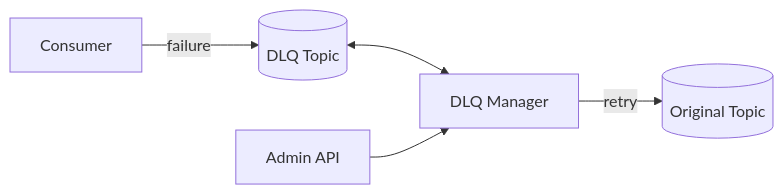
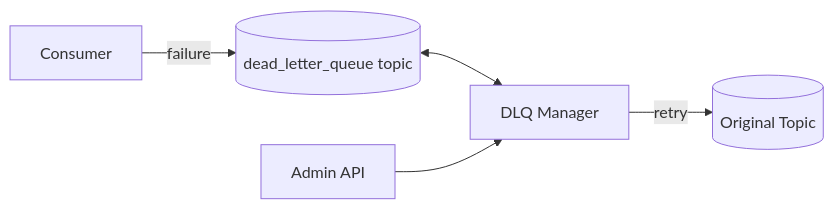
Before and after one commit to HardMax71/Integr8sCode: the third of 3 diagrams in docs/architecture/kafka-topic-architecture.md, drawn with Mermaid. The commit also changed other lines of this file and 25 other files, not shown here.

````diff
--- a/docs/architecture/kafka-topic-architecture.md
+++ b/docs/architecture/kafka-topic-architecture.md
@@ -129,7 +132,7 @@
 ```mermaid
 graph LR
-    Consumer[Consumer] -->|"failure"| DLQ[(DLQ Topic)]
+    Consumer[Consumer] -->|"failure"| DLQ[(dead_letter_queue topic)]
     DLQ <--> Manager[DLQ Manager]
     Manager -->|"retry"| Original[(Original Topic)]
     Admin[Admin API] --> Manager
 ```
````
